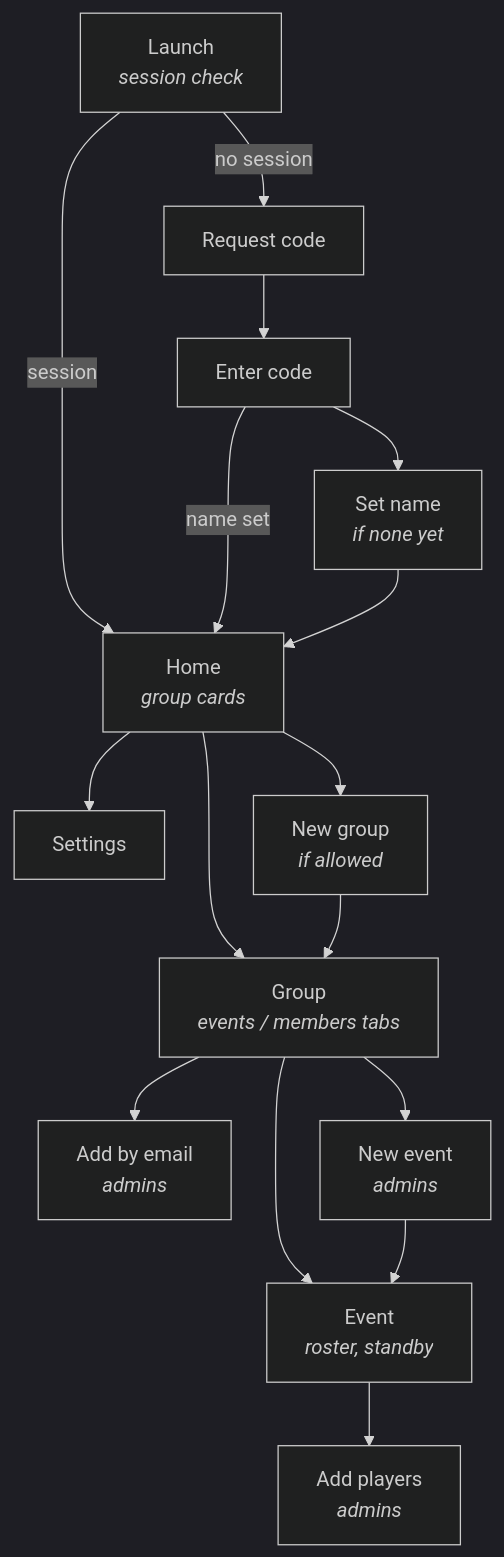
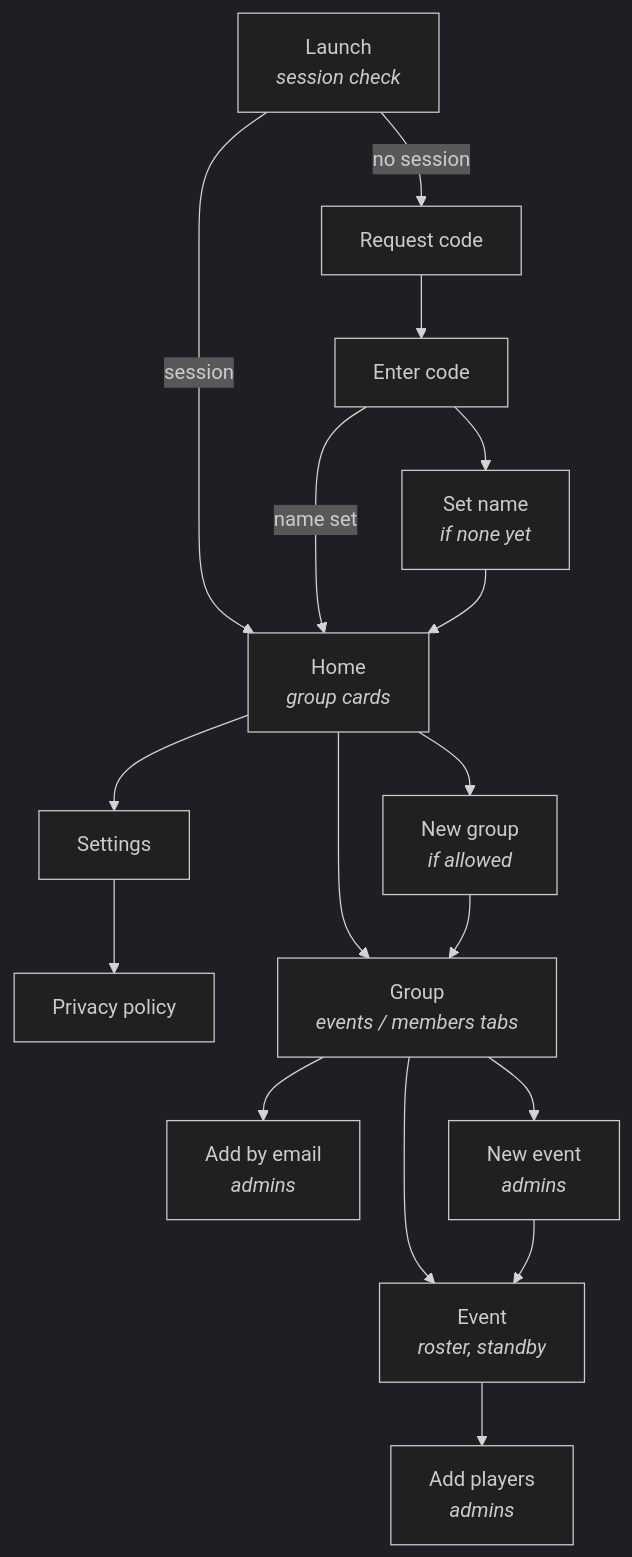
One commit to alirezasobht/Muster changed the diagram in docs/SCREENS.md. Above: the diagram before and after it, drawn with Mermaid (dark theme). The commit also changed other lines of this file and 13 other files, not shown here.

````diff
--- a/docs/SCREENS.md
+++ b/docs/SCREENS.md
@@ -12,31 +12,33 @@
 ```mermaid
 flowchart TD
     Launch[Launch<br/><i>session check</i>]
     Request[Request code]
     Enter[Enter code]
     SetName[Set name<br/><i>if none yet</i>]
     Home[Home<br/><i>group cards</i>]
     Settings[Settings]
+    Privacy[Privacy policy]
     NewGroup[New group<br/><i>if allowed</i>]
     Group[Group<br/><i>events / members tabs</i>]
     AddMemberByEmail[Add by email<br/><i>admins</i>]
     NewEvent[New event<br/><i>admins</i>]
     Event[Event<br/><i>roster, standby</i>]
     AddPlayers[Add players<br/><i>admins</i>]
 
     Launch -->|no session| Request
     Launch -->|session| Home
     Request --> Enter
     Enter --> SetName
     Enter -->|name set| Home
     SetName --> Home
     Home --> Settings
+    Settings --> Privacy
     Home --> NewGroup
     Home --> Group
     NewGroup --> Group
     Group --> AddMemberByEmail
     Group --> NewEvent
     Group --> Event
     NewEvent --> Event
     Event --> AddPlayers
 ```
````
